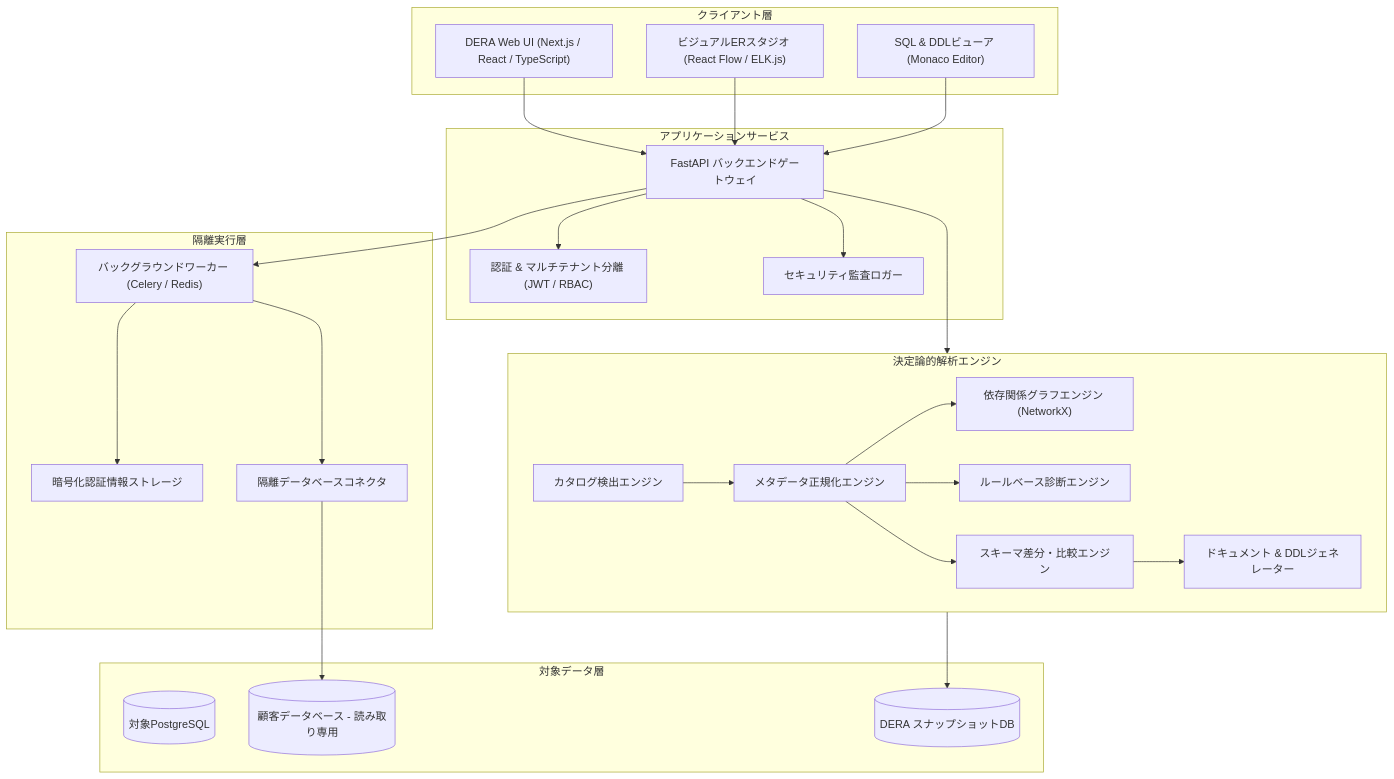
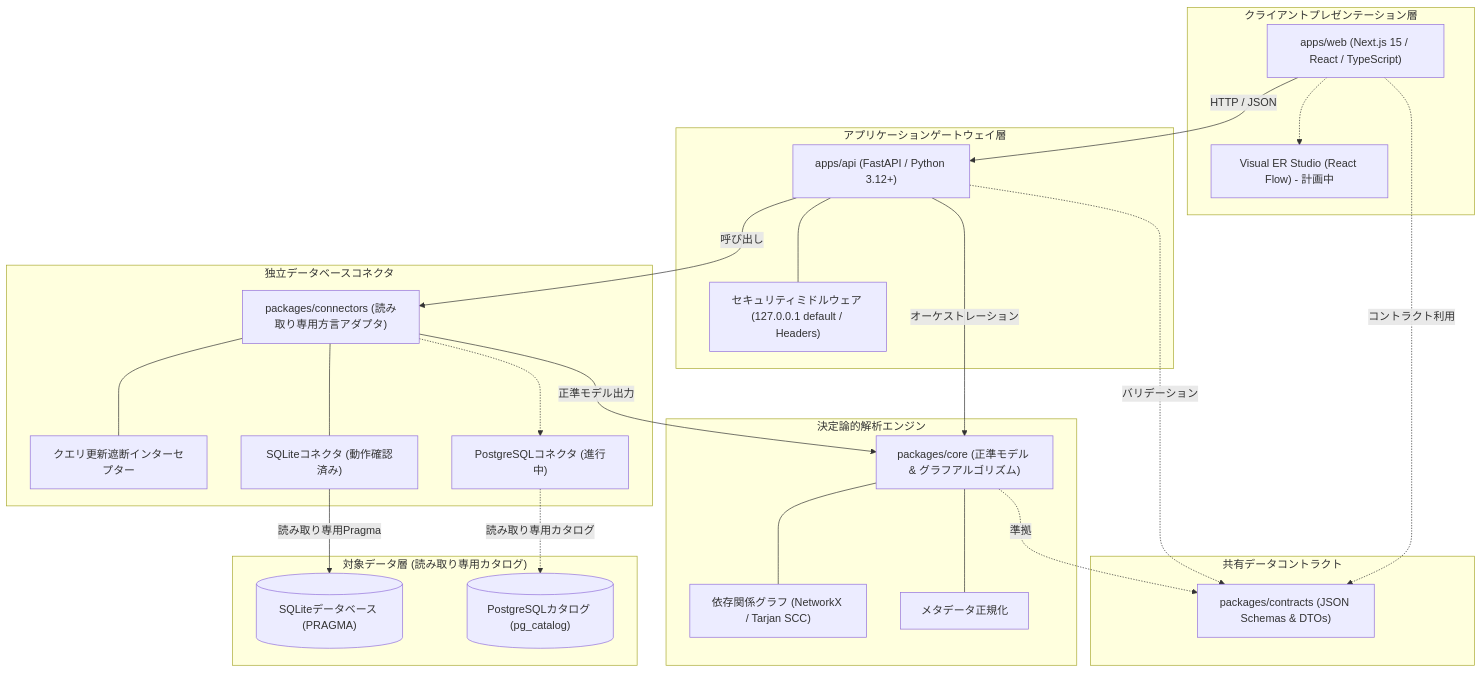
The diagram in docs/i18n/README.ja.md (krishanth7/dera), drawn with Mermaid before and after one commit. The commit also changed other lines of this file and 2 other files, not shown here.

````diff
--- a/docs/i18n/README.ja.md
+++ b/docs/i18n/README.ja.md
@@ -200,52 +148,51 @@
 ```mermaid
 flowchart TD
-    subgraph Client["クライアント層"]
-        UI["DERA Web UI (Next.js / React / TypeScript)"]
-        ERD["ビジュアルERスタジオ (React Flow / ELK.js)"]
-        Monaco["SQL & DDLビューア (Monaco Editor)"]
+    subgraph Client_Tier["クライアントプレゼンテーション層"]
+        WEB["apps/web (Next.js 15 / React / TypeScript)"]
+        STUDIO["Visual ER Studio (React Flow) - 計画中"]
+        WEB -.-> STUDIO
     end
 
-    subgraph Gateway["アプリケーションサービス"]
-        API["FastAPI バックエンドゲートウェイ"]
-        Auth["認証 & マルチテナント分離 (JWT / RBAC)"]
-        Audit["セキュリティ監査ロガー"]
+    subgraph API_Tier["アプリケーションゲートウェイ層"]
+        API["apps/api (FastAPI / Python 3.12+)"]
+        MW["セキュリティミドルウェア (127.0.0.1 default / Headers)"]
+        API --- MW
     end
 
-    subgraph Core["決定論的解析エンジン"]
-        Discovery["カタログ検出エンジン"]
-        Normalizer["メタデータ正規化エンジン"]
-        GraphEngine["依存関係グラフエンジン (NetworkX)"]
-        DiagEngine["ルールベース診断エンジン"]
-        DiffEngine["スキーマ差分・比較エンジン"]
-        ExportEngine["ドキュメント & DDLジェネレーター"]
+    subgraph Contracts_Tier["共有データコントラクト"]
+        CONTRACTS["packages/contracts (JSON Schemas & DTOs)"]
     end
 
-    subgraph Worker["隔離実行層"]
-        Celery["バックグラウンドワーカー (Celery / Redis)"]
-        Vault["暗号化認証情報ストレージ"]
-        Connectors["隔離データベースコネクタ"]
+    subgraph Core_Tier["決定論的解析エンジン"]
+        CORE["packages/core (正準モデル & グラフアルゴリズム)"]
+        DAG["依存関係グラフ (NetworkX / Tarjan SCC)"]
+        NORM["メタデータ正規化"]
+        CORE --- DAG
+        CORE --- NORM
     end
 
-    subgraph Databases["対象データ層"]
-        PG[(対象PostgreSQL)]
-        CustomerDB[(顧客データベース - 読み取り専用)]
-        Storage[(DERA スナップショットDB)]
+    subgraph Connectors_Tier["独立データベースコネクタ"]
+        CONN["packages/connectors (読み取り専用方言アダプタ)"]
+        GUARD["クエリ更新遮断インターセプター"]
+        SQLITE["SQLiteコネクタ (動作確認済み)"]
+        PG["PostgreSQLコネクタ (進行中)"]
+        CONN --- GUARD
+        CONN --- SQLITE
+        CONN -.-> PG
     end
 
-    UI --> API
-    ERD --> API
-    Monaco --> API
-    API --> Auth
-    API --> Audit
-    API --> Core
-    API --> Celery
-    Celery --> Vault
-    Celery --> Connectors
-    Connectors --> CustomerDB
-    Core --> Storage
-    Discovery --> Normalizer
-    Normalizer --> GraphEngine
-    Normalizer --> DiagEngine
-    Normalizer --> DiffEngine
-    DiffEngine --> ExportEngine
+    subgraph Target_DBs["対象データ層 (読み取り専用カタログ)"]
+        TARGET_SQLITE[("SQLiteデータベース (PRAGMA)")]
+        TARGET_PG[("PostgreSQLカタログ (pg_catalog)")]
+    end
+
+    WEB -->|HTTP / JSON| API
+    WEB -.->|コントラクト利用| CONTRACTS
+    API -->|オーケストレーション| CORE
+    API -->|呼び出し| CONN
+    API -.->|バリデーション| CONTRACTS
+    CORE -.->|準拠| CONTRACTS
+    CONN -->|正準モデル出力| CORE
+    SQLITE -->|読み取り専用Pragma| TARGET_SQLITE
+    PG -.->|読み取り専用カタログ| TARGET_PG
 ```
````
